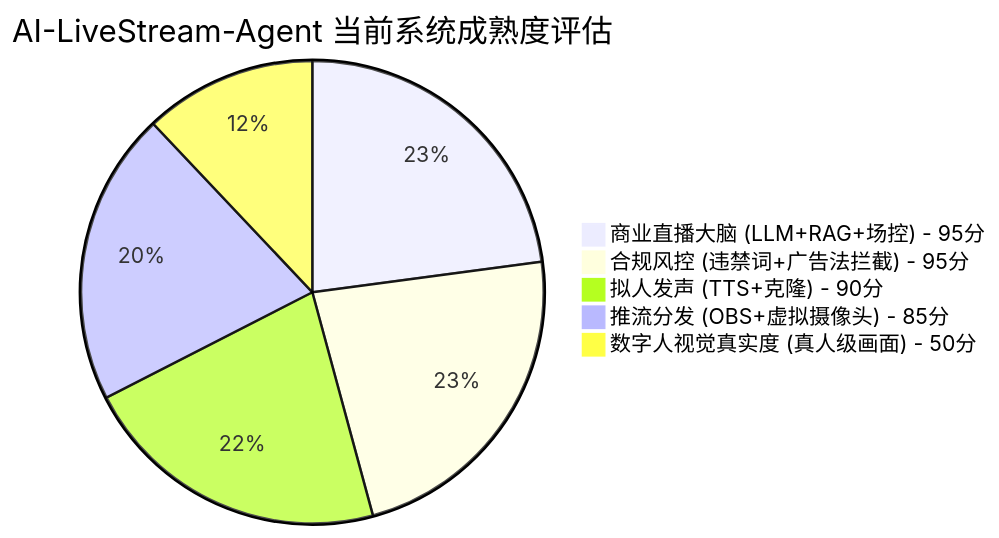
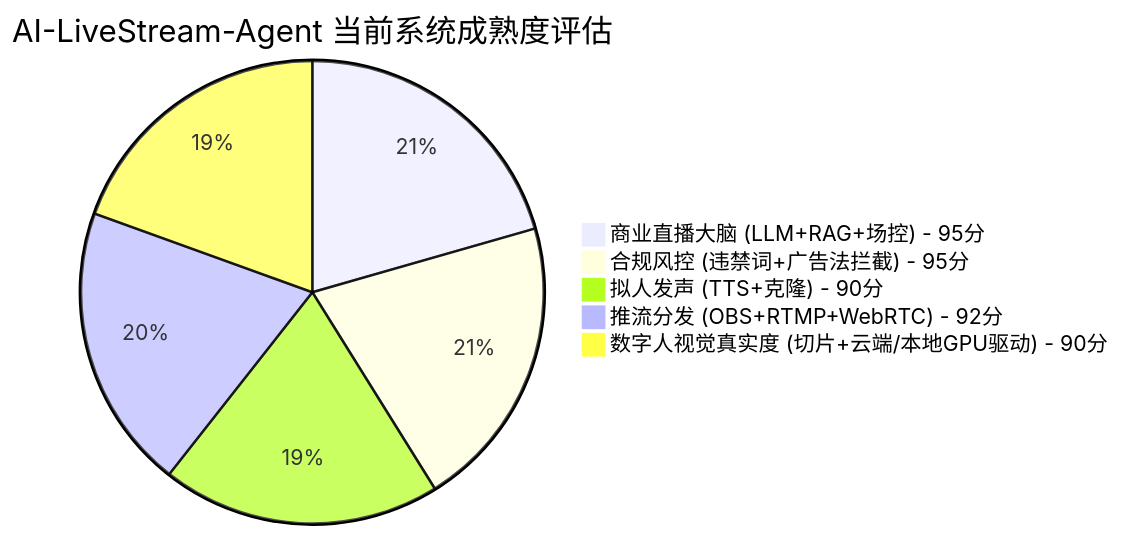
The first of 2 diagrams in LIVE_DIGITAL_HUMAN_EXPANSION_PLAN.md (winclubs/AI-LiveStream-Agent), drawn with Mermaid before and after one commit. The commit also changed other lines of this file and 5 other files, not shown here.

````diff
--- a/LIVE_DIGITAL_HUMAN_EXPANSION_PLAN.md
+++ b/LIVE_DIGITAL_HUMAN_EXPANSION_PLAN.md
@@ -12,8 +14,8 @@
 ```mermaid
 pie title AI-LiveStream-Agent 当前系统成熟度评估
     "商业直播大脑 (LLM+RAG+场控) - 95分" : 95
     "合规风控 (违禁词+广告法拦截) - 95分" : 95
     "拟人发声 (TTS+克隆) - 90分" : 90
-    "推流分发 (OBS+虚拟摄像头) - 85分" : 85
-    "数字人视觉真实度 (真人级画面) - 50分" : 50
+    "推流分发 (OBS+RTMP+WebRTC) - 92分" : 92
+    "数字人视觉真实度 (切片+云端/本地GPU驱动) - 90分" : 90
 ```
````
